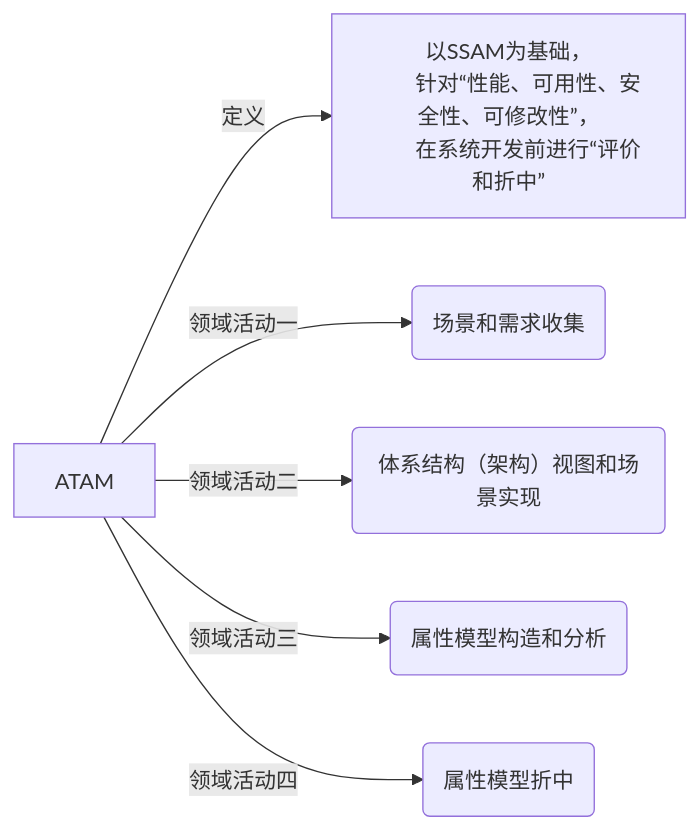
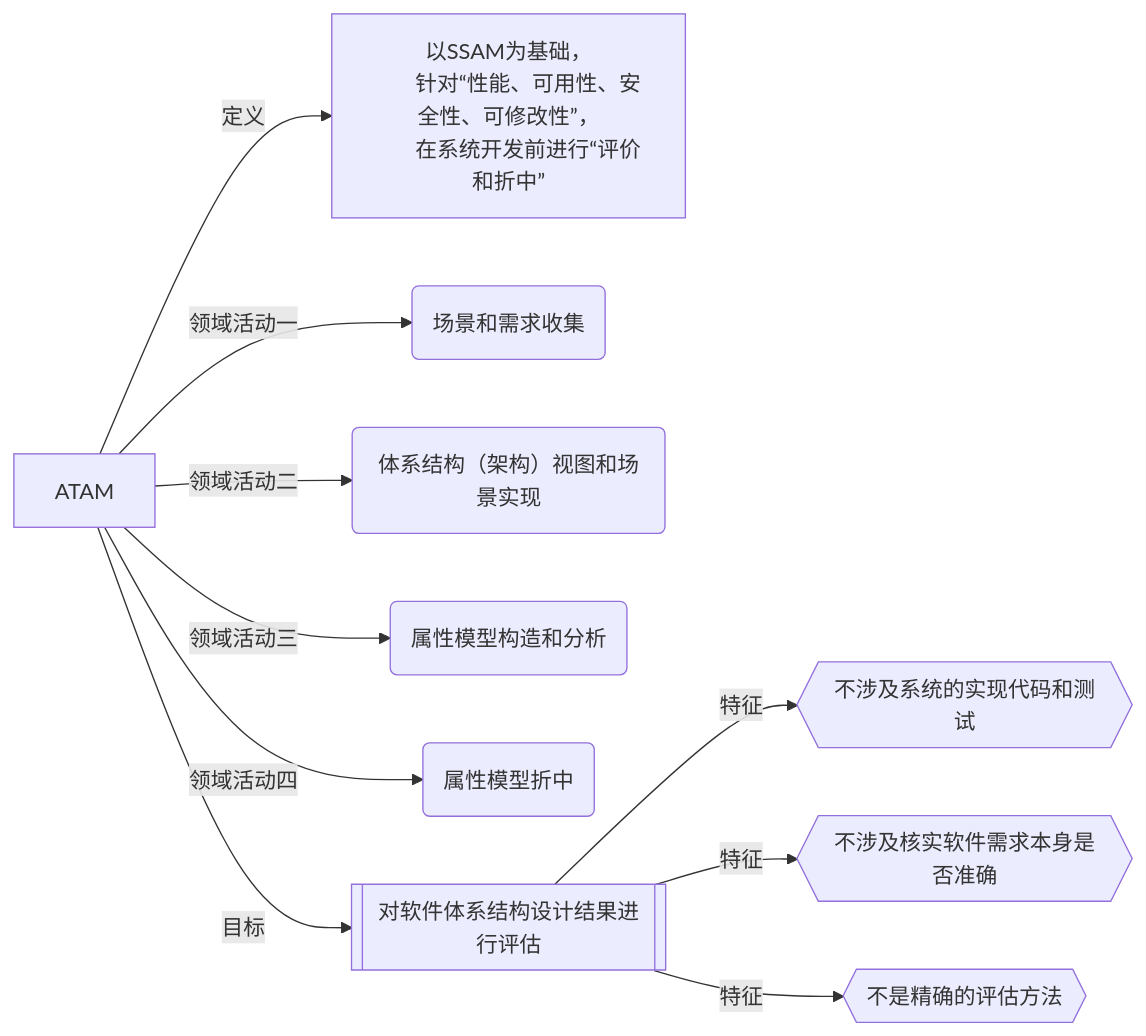
Before and after one commit to 290044632/bookmark: the first of 2 diagrams in 软考复习/ATAM&&SAAM.md, drawn with Mermaid.

Commit message:
新增体系结构演化

````diff
--- a/软考复习/ATAM&&SAAM.md
+++ b/软考复习/ATAM&&SAAM.md
@@ -7,11 +7,15 @@
 ```mermaid
 flowchart LR
 A["ATAM"]
 A-->|定义|B["以SSAM为基础，
        针对“性能、可用性、安全性、可修改性”，
        在系统开发前进行“评价和折中”"]
 A-->|领域活动一|C("场景和需求收集")
 A-->|领域活动二|D("体系结构（架构）视图和场景实现")
 A-->|领域活动三|E("属性模型构造和分析")
 A-->|领域活动四|F("属性模型折中")
+A-->|目标|A1[["对软件体系结构设计结果进行评估"]]
+A1-->|特征|A11{{"不涉及系统的实现代码和测试"}}
+A1-->|特征|A12{{"不涉及核实软件需求本身是否准确"}}
+A1-->|特征|A13{{"不是精确的评估方法"}}
 ```
````
